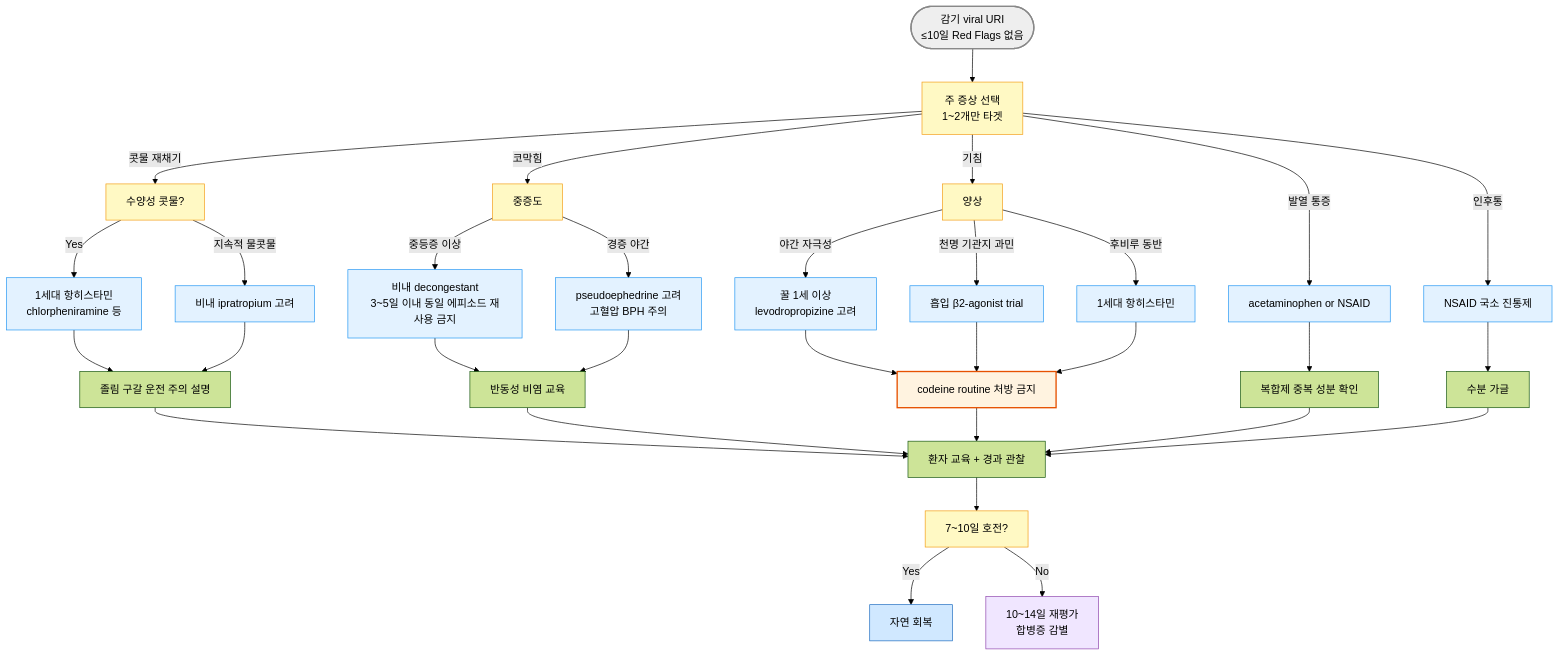
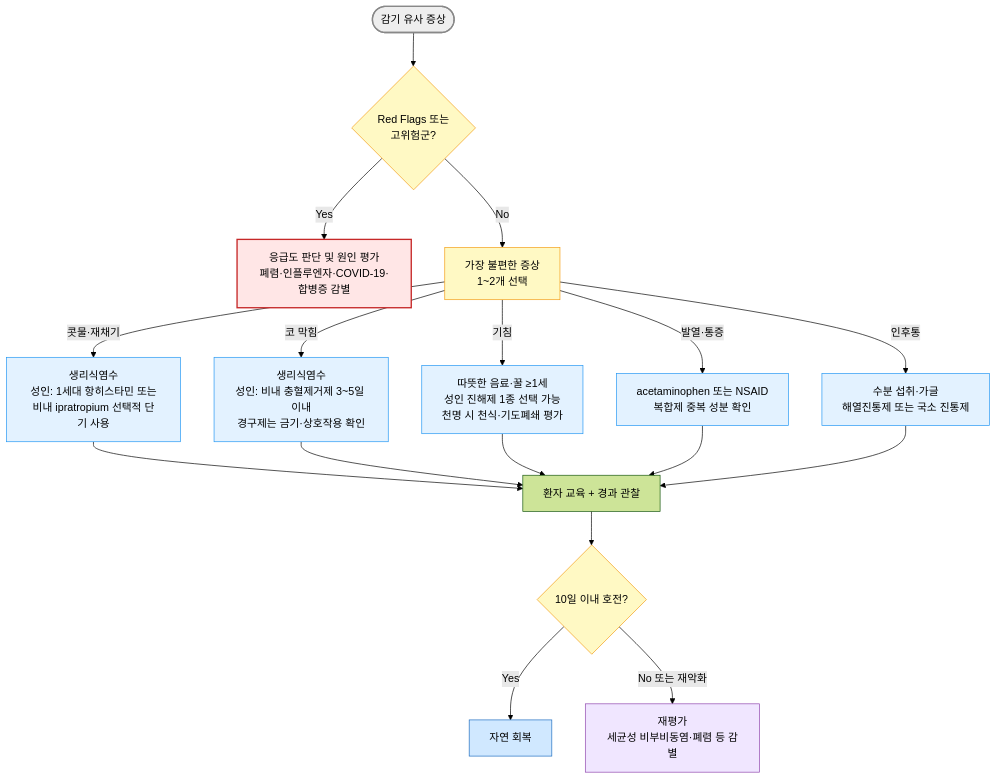
One commit to familyoh77/familyoh77 changed the diagram in 223_/060_-common-cold.md. Above: the diagram before and after it, drawn with Mermaid (forest theme). The commit also changed other lines of this file and 5 other files, not shown here.

````diff
--- a/223_/060_-common-cold.md
+++ b/223_/060_-common-cold.md
@@ -155,49 +141,35 @@
 ```mermaid
 flowchart TD
-    A(["감기 viral URI<br/>≤10일 Red Flags 없음"]) --> B[주 증상 선택<br/>1~2개만 타겟]
+    A(["감기 유사 증상"]) --> X{"Red Flags 또는<br/>고위험군?"}
+    X -->|Yes| E["응급도 판단 및 원인 평가<br/>폐렴·인플루엔자·COVID-19·합병증 감별"]
+    X -->|No| B["가장 불편한 증상<br/>1~2개 선택"]
 
-    B -->|콧물 재채기| R1[수양성 콧물?]
-    R1 -->|Yes| R2["1세대 항히스타민<br/>chlorpheniramine 등"]
-    R1 -->|지속적 물콧물| R3["비내 ipratropium 고려"]
-    R2 --> R4["졸림 구갈 운전 주의 설명"]
-    R3 --> R4
+    B -->|콧물·재채기| R["생리식염수<br/>성인: 1세대 항히스타민 또는<br/>비내 ipratropium 선택적 단기 사용"]
 
-    B -->|코막힘| C1[중증도]
-    C1 -->|중등증 이상| C2["비내 decongestant<br/>3~5일 이내 동일 에피소드 재사용 금지"]
-    C1 -->|경증 야간| C3["pseudoephedrine 고려<br/>고혈압 BPH 주의"]
-    C2 --> C4["반동성 비염 교육"]
-    C3 --> C4
+    B -->|코 막힘| C["생리식염수<br/>성인: 비내 충혈제거제 3~5일 이내<br/>경구제는 금기·상호작용 확인"]
 
-    B -->|기침| K1[양상]
-    K1 -->|야간 자극성| K2["꿀 1세 이상<br/>levodropropizine 고려"]
-    K1 -->|천명 기관지 과민| K3["흡입 β2-agonist trial"]
-    K1 -->|후비루 동반| K4["1세대 항히스타민"]
-    K2 --> K5["codeine routine 처방 금지"]
-    K3 --> K5
-    K4 --> K5
+    B -->|기침| K["따뜻한 음료·꿀 ≥1세<br/>성인 진해제 1종 선택 가능<br/>천명 시 천식·기도폐쇄 평가"]
 
-    B -->|발열 통증| F1["acetaminophen or NSAID"]
-    F1 --> F2["복합제 중복 성분 확인"]
+    B -->|발열·통증| F["acetaminophen 또는 NSAID<br/>복합제 중복 성분 확인"]
 
-    B -->|인후통| S1["NSAID 국소 진통제"]
-    S1 --> S2["수분 가글"]
+    B -->|인후통| S["수분 섭취·가글<br/>해열진통제 또는 국소 진통제"]
 
-    R4 --> Z["환자 교육 + 경과 관찰"]
-    C4 --> Z
-    K5 --> Z
-    F2 --> Z
-    S2 --> Z
+    R --> Z["환자 교육 + 경과 관찰"]
+    C --> Z
+    K --> Z
+    F --> Z
+    S --> Z
 
-    Z --> Y[7~10일 호전?]
+    Z --> Y{"10일 이내 호전?"}
     Y -->|Yes| END["자연 회복"]
-    Y -->|No| RE["10~14일 재평가<br/>합병증 감별"]
+    Y -->|No 또는 재악화| RE["재평가<br/>세균성 비부비동염·폐렴 등 감별"]
 
 style A fill:#eeeeee,stroke:#888888,stroke-width:2px
+style E fill:#ffe6e6,stroke:#c62828,stroke-width:2px
 classDef yellow fill:#fff9c4,stroke:#f39c12
-class B,R1,C1,K1,Y yellow
+class X,B,Y yellow
 classDef sky fill:#e3f2ff,stroke:#2196f3
-class R2,R3,C2,C3,K2,K3,K4,F1,S1 sky
-    style K5 fill:#fff3e0,stroke:#e65100,stroke-width:2px
+class R,C,K,F,S sky
 style END fill:#d0e8ff,stroke:#1a6abf
-    style RE fill:#f0e6ff,stroke:#8e44ad
+style RE fill:#f0e6ff,stroke:#8e44ad
 ```
````
